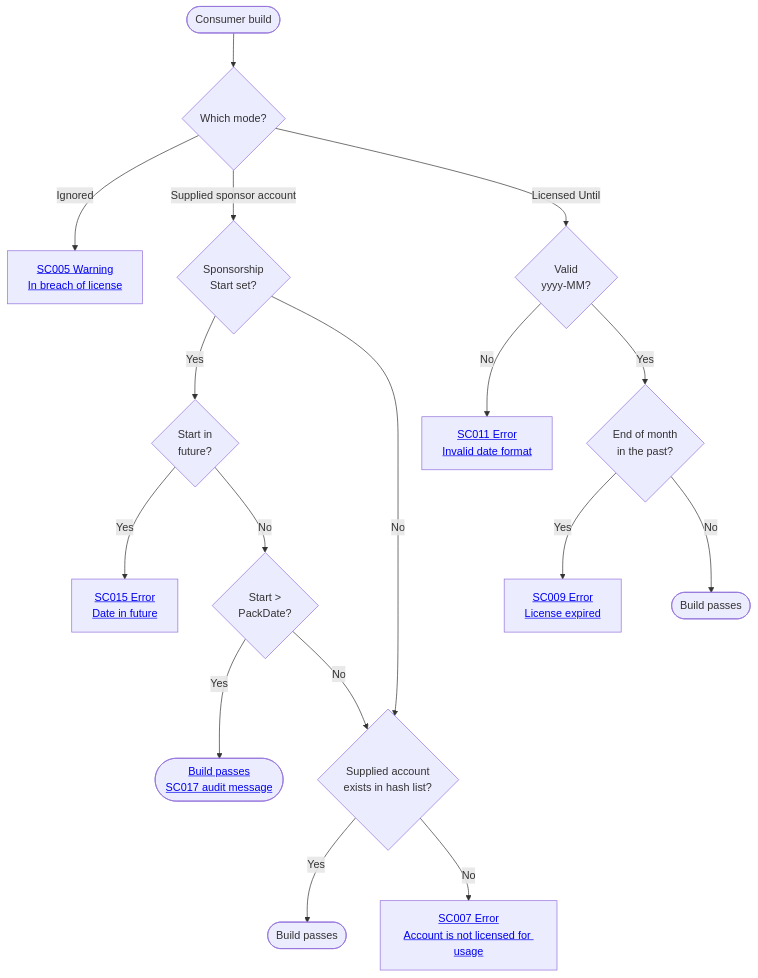
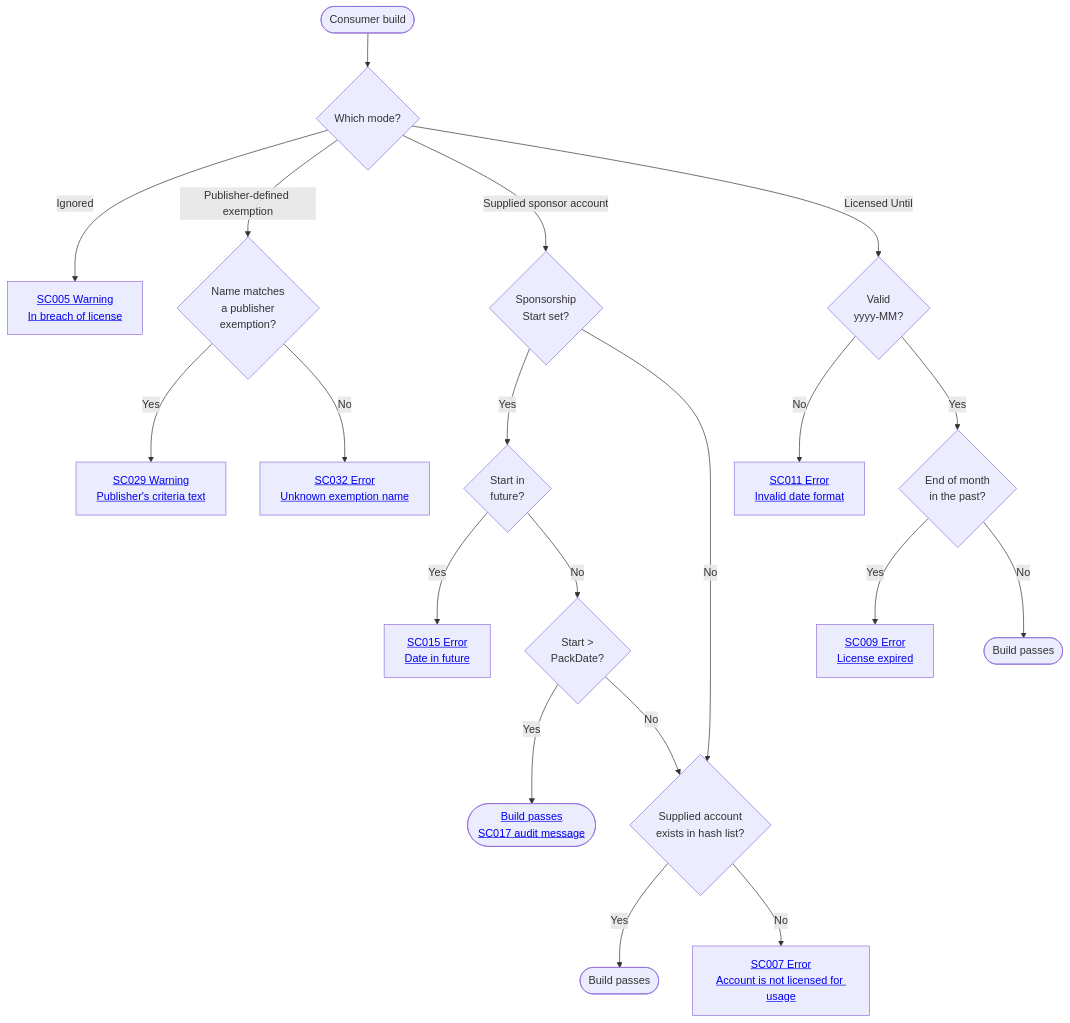
The diagram in docs/VerifierDiagnosticCodes.md (SimonCropp/SponsorCheck), drawn with Mermaid before and after one commit. The commit also changed other lines of this file and 44 other files, not shown here.

Commit message:
Add publisher defined exemptions (#16)

````diff
--- a/docs/VerifierDiagnosticCodes.md
+++ b/docs/VerifierDiagnosticCodes.md
@@ -14,23 +14,27 @@
 ```mermaid
 flowchart TD
     Start([Consumer build]) --> Which{Which mode?}
 
     Which -->|Ignored| SC005[<a href='https://github.com/SimonCropp/SponsorCheck/blob/main/docs/VerifierDiagnosticCodes.md#sc005'>SC005 Warning<br/>In breach of license</a>]
+
+    Which -->|Publisher-defined exemption| KnownName{Name matches<br/>a publisher<br/>exemption?}
+    KnownName -->|Yes| SC029[<a href='https://github.com/SimonCropp/SponsorCheck/blob/main/docs/VerifierDiagnosticCodes.md#sc029'>SC029 Warning<br/>Publisher's criteria text</a>]
+    KnownName -->|No| SC032[<a href='https://github.com/SimonCropp/SponsorCheck/blob/main/docs/VerifierDiagnosticCodes.md#sc032'>SC032 Error<br/>Unknown exemption name</a>]
 
     Which -->|Supplied sponsor account| HasStart{Sponsorship<br/>Start set?}
     HasStart -->|Yes| Future{Start in<br/>future?}
     Future -->|Yes| SC015[<a href='https://github.com/SimonCropp/SponsorCheck/blob/main/docs/VerifierDiagnosticCodes.md#sc015'>SC015 Error<br/>Date in future</a>]
     Future -->|No| AfterPack{Start &gt;<br/>PackDate?}
     AfterPack -->|Yes| PassAttest([<a href='https://github.com/SimonCropp/SponsorCheck/blob/main/docs/VerifierDiagnosticCodes.md#sc017'>Build passes<br/>SC017 audit message</a>])
     AfterPack -->|No| Match
     HasStart -->|No| Match
     Match{Supplied account<br/>exists in hash list?}
     Match -->|Yes| PassSponsor([Build passes])
     Match -->|No| SC007[<a href='https://github.com/SimonCropp/SponsorCheck/blob/main/docs/VerifierDiagnosticCodes.md#sc007'>SC007 Error<br/>Account is not licensed for usage</a>]
 
     Which -->|Licensed Until| ParseYM{Valid<br/>yyyy-MM?}
     ParseYM -->|No| SC011[<a href='https://github.com/SimonCropp/SponsorCheck/blob/main/docs/VerifierDiagnosticCodes.md#sc011'>SC011 Error<br/>Invalid date format</a>]
     ParseYM -->|Yes| Expired{End of month<br/>in the past?}
     Expired -->|Yes| SC009[<a href='https://github.com/SimonCropp/SponsorCheck/blob/main/docs/VerifierDiagnosticCodes.md#sc009'>SC009 Error<br/>License expired</a>]
     Expired -->|No| PassLicense([Build passes])
 ```
````
